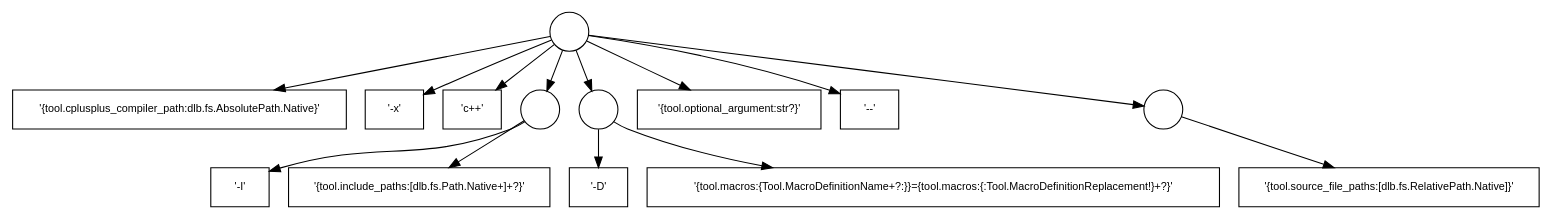
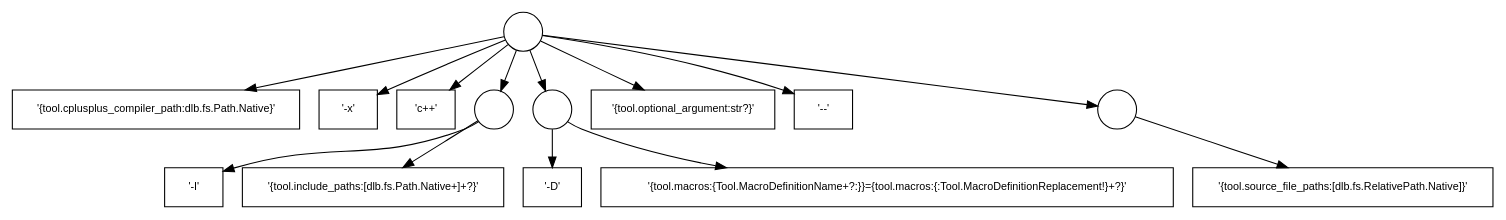
One commit to dlu-ch/dlb changed the second of 5 diagrams in doc/Tmpl.rst. Above: the diagram before and after it, drawn with Graphviz. The commit also changed other lines of this file and 1 other file, not shown here.

```diff
--- a/doc/Tmpl.rst
+++ b/doc/Tmpl.rst
@@ -365,28 +365,28 @@
         .. digraph:: template_example1_unexpanded
 
            graph [fontname=Helvetica, fontsize=10];
            node [fontname=Helvetica, fontsize=10, shape=rect, style=filled, fillcolor=white];
            edge [fontname=Helvetica, fontsize=10];
 
            root[shape=circle, label=""];
-           root -> "'{tool.cplusplus_compiler_path:dlb.fs.AbsolutePath.Native}'";
+           root -> "'{tool.cplusplus_compiler_path:dlb.fs.Path.Native}'";
            root -> "'-x'";
            root -> "'c++'";
 
            root -> group1;
            group1[shape=circle, label=""];
            group1 -> "'-I'";
            group1 -> "'{tool.include_paths:[dlb.fs.Path.Native+]+?}'";
 
            root -> group2;
 
            group2[shape=circle, label=""];
            group2 -> "'-D'";
            group2 -> "'{tool.macros:{Tool.MacroDefinitionName+?:}}={tool.macros:{:Tool.MacroDefinitionReplacement!}+?}'";
 
            root -> "'{tool.optional_argument:str?}'"
            root -> "'--'";
 
            root -> group3
            group3[shape=circle, label=""];
            group3 -> "'{tool.source_file_paths:[dlb.fs.RelativePath.Native]}'";
```
